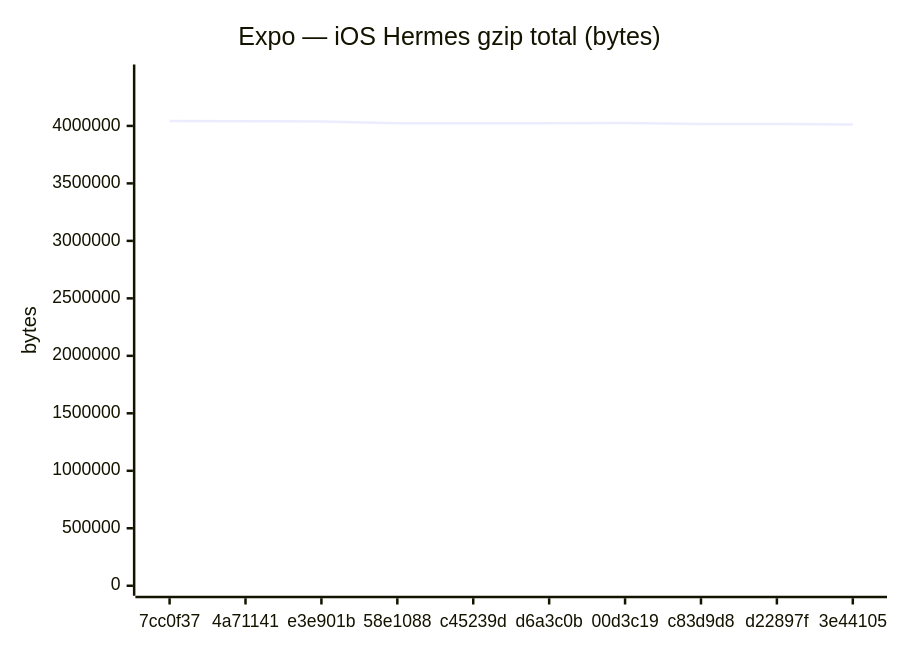
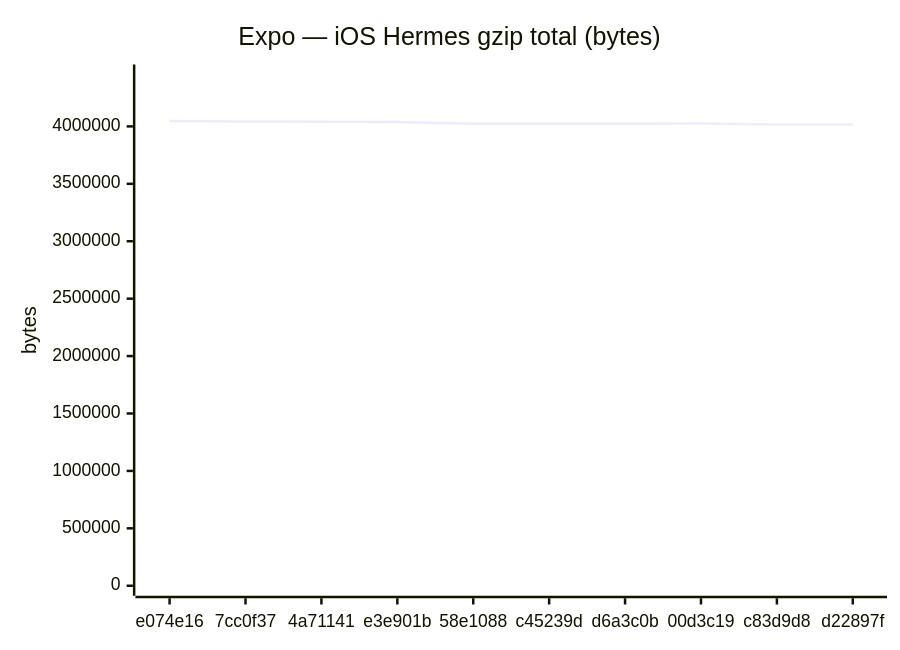
The sixth of 18 diagrams in benchmarks/compare.md (Metaheurist/Rianell), drawn with Mermaid before and after one commit. The commit also changed other lines of this file and 11 other files, not shown here.

````diff
--- a/benchmarks/compare.md
+++ b/benchmarks/compare.md
@@ -96,7 +96,7 @@
 ```mermaid
 xychart-beta
     title "Expo — iOS Hermes gzip total (bytes)"
-    x-axis ["7cc0f37", "4a71141", "e3e901b", "58e1088", "c45239d", "d6a3c0b", "00d3c19", "c83d9d8", "d22897f", "3e44105"]
-    y-axis "bytes" 0 --> 4447254
-    line [4042958, 4039809, 4039179, 4023650, 4023650, 4023645, 4024761, 4017281, 4017565, 4012063]
+    x-axis ["e074e16", "7cc0f37", "4a71141", "e3e901b", "58e1088", "c45239d", "d6a3c0b", "00d3c19", "c83d9d8", "d22897f"]
+    y-axis "bytes" 0 --> 4451958
+    line [4047234, 4042958, 4039809, 4039179, 4023650, 4023650, 4023645, 4024761, 4017281, 4017565]
 ```
````
